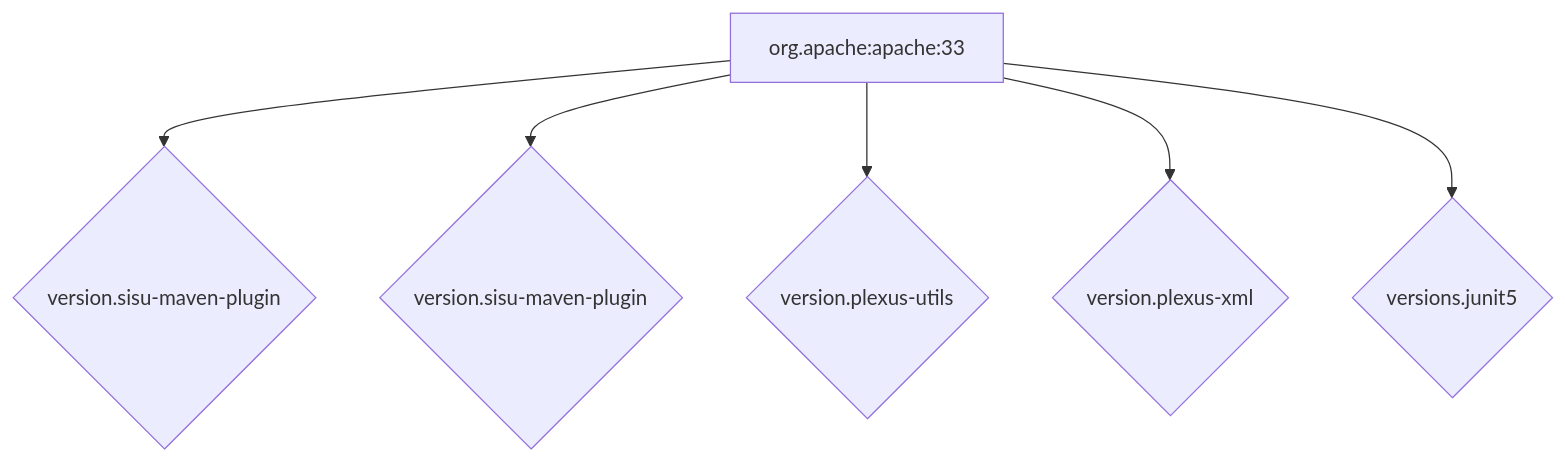
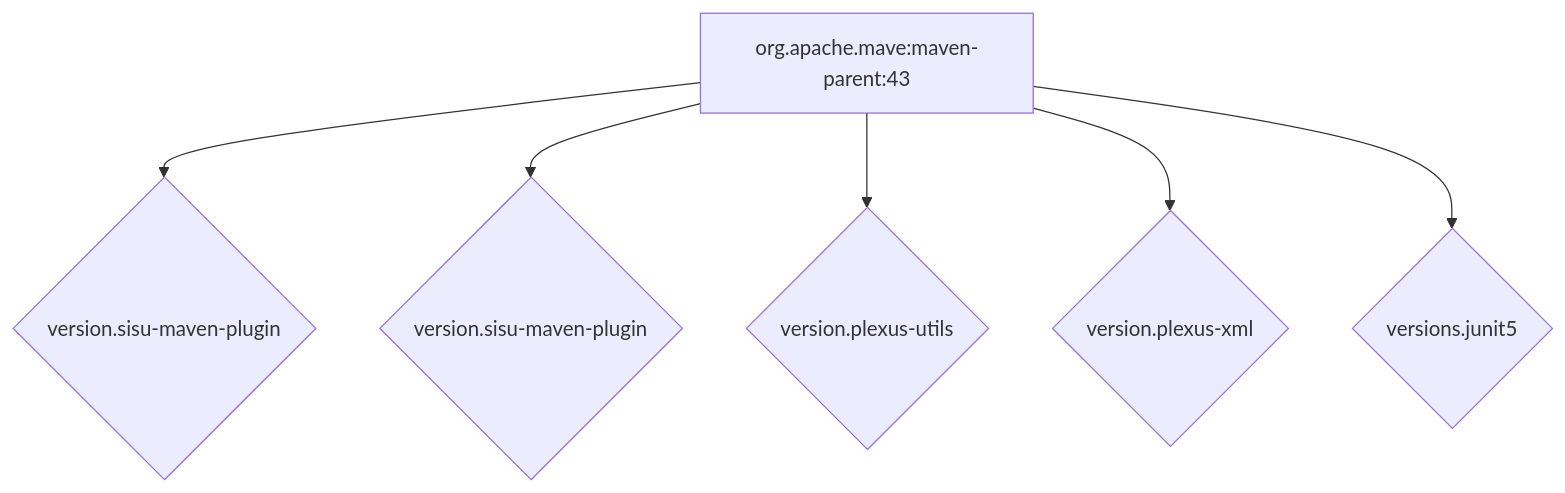
The diagram in second/graph.mmd (jack1591/graph_builder), drawn with Mermaid before and after one commit. The commit also changed 15 other files, not shown here.

```diff
--- a/second/graph.mmd
+++ b/second/graph.mmd
@@ -1,6 +1,6 @@
 graph TD
-    org.apache:apache:33 --> org.eclipse.sisu:org.eclipse.sisu.inject:${version.sisu-maven-plugin}
-    org.apache:apache:33 --> org.eclipse.sisu:org.eclipse.sisu.plexus:${version.sisu-maven-plugin}
-    org.apache:apache:33 --> org.codehaus.plexus:plexus-utils:${version.plexus-utils}
-    org.apache:apache:33 --> org.codehaus.plexus:plexus-xml:${version.plexus-xml}
-    org.apache:apache:33 --> org.junit:junit-bom:${versions.junit5}
+    org.apache.mave:maven-parent:43 --> org.eclipse.sisu:org.eclipse.sisu.inject:${version.sisu-maven-plugin}
+    org.apache.mave:maven-parent:43 --> org.eclipse.sisu:org.eclipse.sisu.plexus:${version.sisu-maven-plugin}
+    org.apache.mave:maven-parent:43 --> org.codehaus.plexus:plexus-utils:${version.plexus-utils}
+    org.apache.mave:maven-parent:43 --> org.codehaus.plexus:plexus-xml:${version.plexus-xml}
+    org.apache.mave:maven-parent:43 --> org.junit:junit-bom:${versions.junit5}
```
